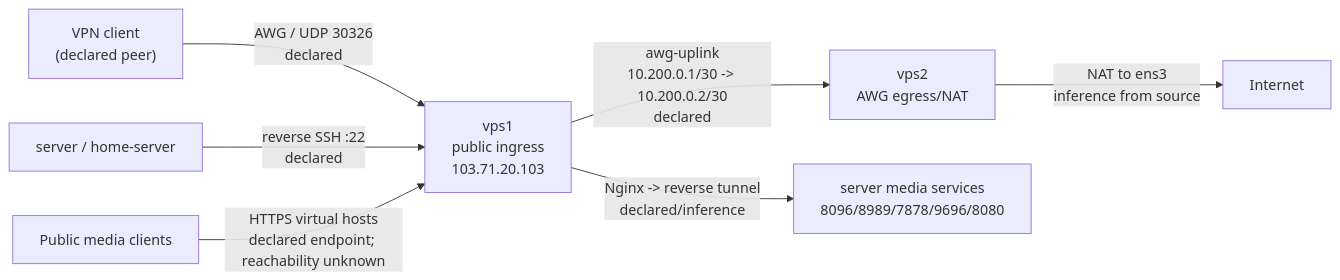
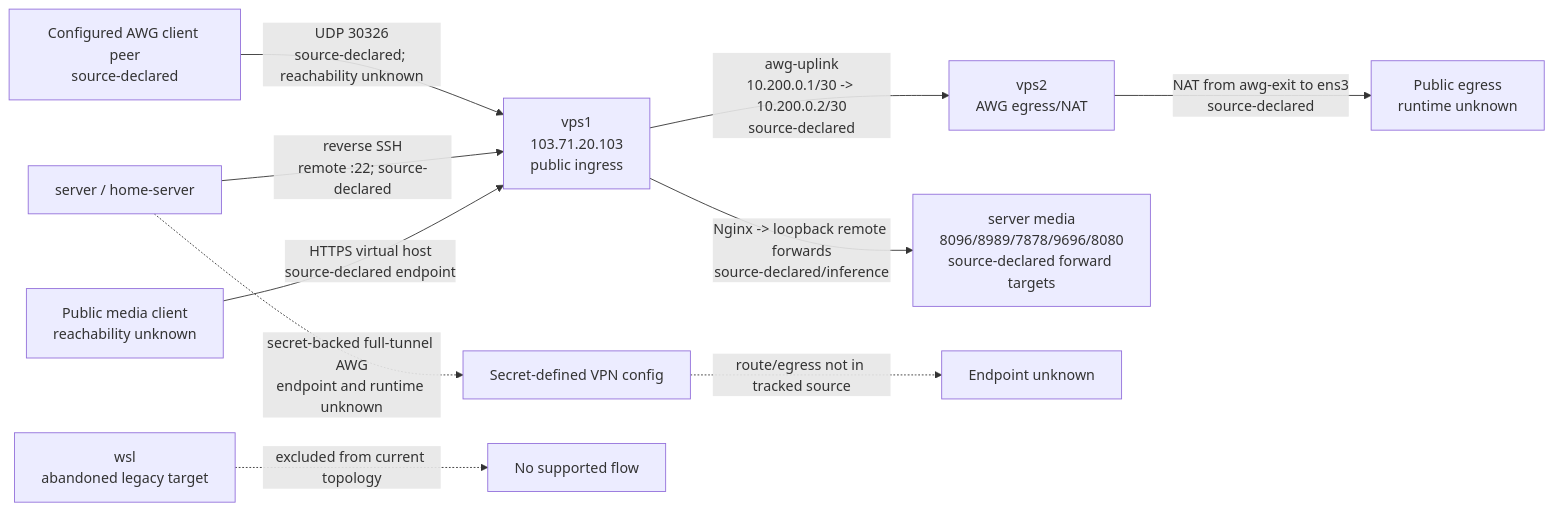
Before and after one commit to Eg-Smirnov/NixOS-Config: the diagram in docs/diagrams/topology.mmd, drawn with Mermaid. The commit also changed 14 other files, not shown here.

```diff
--- a/docs/diagrams/topology.mmd
+++ b/docs/diagrams/topology.mmd
@@ -1,7 +1,15 @@
+%% Source labels: docs/architecture/networking.md, docs/architecture/vpn-and-tunnels.md
+%% Source files: hosts/vps1/networking.nix, hosts/vps1/wireguard.nix, hosts/vps2/wireguard.nix, modules/server/reverse-ssh.nix
 flowchart LR
-  Client["VPN client\n(declared peer)"] -->|AWG / UDP 30326\ndeclared| VPS1["vps1\npublic ingress\n103.71.20.103"]
-  VPS1 -->|awg-uplink\n10.200.0.1/30 -> 10.200.0.2/30\ndeclared| VPS2["vps2\nAWG egress/NAT"]
-  VPS2 -->|NAT to ens3\ninference from source| Internet["Internet"]
-  Server["server / home-server"] -->|reverse SSH :22\ndeclared| VPS1
-  Media["Public media clients"] -->|HTTPS virtual hosts\ndeclared endpoint; reachability unknown| VPS1
-  VPS1 -->|Nginx -> reverse tunnel\ndeclared/inference| LocalMedia["server media services\n8096/8989/7878/9696/8080"]
+  Client["Configured AWG client peer\nsource-declared"] -->|UDP 30326\nsource-declared; reachability unknown| VPS1["vps1\n103.71.20.103\npublic ingress"]
+  VPS1 -->|awg-uplink\n10.200.0.1/30 -> 10.200.0.2/30\nsource-declared| VPS2["vps2\nAWG egress/NAT"]
+  VPS2 -->|NAT from awg-exit to ens3\nsource-declared| Internet["Public egress\nruntime unknown"]
+
+  Server["server / home-server"] -->|reverse SSH\nremote :22; source-declared| VPS1
+  Public["Public media client\nreachability unknown"] -->|HTTPS virtual host\nsource-declared endpoint| VPS1
+  VPS1 -->|Nginx -> loopback remote forwards\nsource-declared/inference| Media["server media\n8096/8989/7878/9696/8080\nsource-declared forward targets"]
+
+  Server -.->|secret-backed full-tunnel AWG\nendpoint and runtime unknown| SecretVpn["Secret-defined VPN config"]
+  SecretVpn -.->|route/egress not in tracked source| UnknownEgress["Endpoint unknown"]
+
+  Excluded["wsl\nabandoned legacy target"] -.->|excluded from current topology| Boundary["No supported flow"]
```
